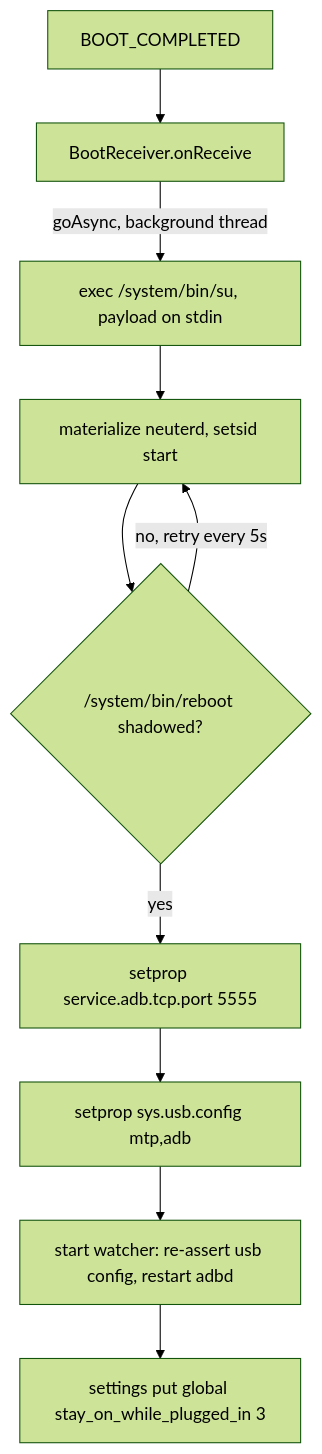
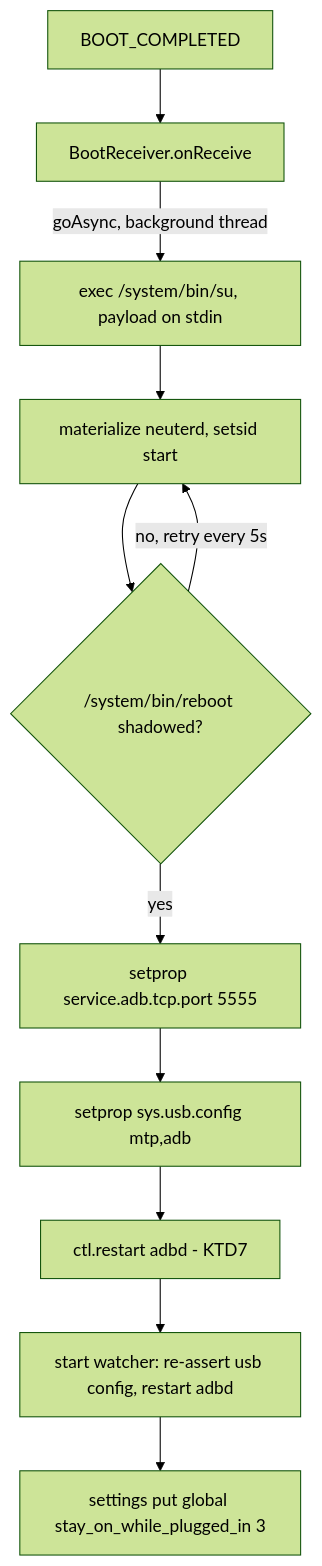
One commit to benwilson/miko3-jailbreak changed the first of 4 diagrams in docs/plans/2026-09-11-2341-feat-persistent-adb-root-plan.md. Above: the diagram before and after it, drawn with Mermaid (forest theme). The commit also changed other lines of this file, not shown here.

````diff
--- a/docs/plans/2026-09-11-2341-feat-persistent-adb-root-plan.md
+++ b/docs/plans/2026-09-11-2341-feat-persistent-adb-root-plan.md
@@ -154,12 +157,13 @@
 ```mermaid
 flowchart TB
   BC[BOOT_COMPLETED] --> RX[BootReceiver.onReceive]
   RX -->|goAsync, background thread| SU[exec /system/bin/su, payload on stdin]
   SU --> N1[materialize neuterd, setsid start]
   N1 --> N2{/system/bin/reboot shadowed?}
   N2 -->|no, retry every 5s| N1
   N2 -->|yes| P1[setprop service.adb.tcp.port 5555]
   P1 --> P2[setprop sys.usb.config mtp,adb]
-  P2 --> P3[start watcher: re-assert usb config, restart adbd]
+  P2 --> PR[ctl.restart adbd - KTD7]
+  PR --> P3[start watcher: re-assert usb config, restart adbd]
   P3 --> P4[settings put global stay_on_while_plugged_in 3]
 ```
````
